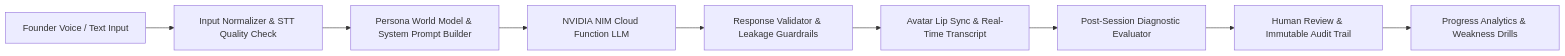
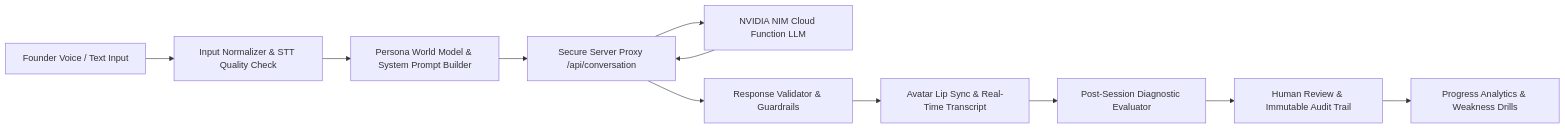
One commit to soumeshpan/VentureCue changed the diagram in README.md. Above: the diagram before and after it, drawn with Mermaid. The commit also changed other lines of this file and 11 other files, not shown here.

Commit message:
Secure NVIDIA NIM integration

````diff
--- a/README.md
+++ b/README.md
@@ -43,11 +44,13 @@
 ```mermaid
 flowchart LR
     A[Founder Voice / Text Input] --> B[Input Normalizer & STT Quality Check]
     B --> C[Persona World Model & System Prompt Builder]
-    C --> D[NVIDIA NIM Cloud Function LLM]
-    D --> E[Response Validator & Leakage Guardrails]
-    E --> F[Avatar Lip Sync & Real-Time Transcript]
-    F --> G[Post-Session Diagnostic Evaluator]
-    G --> H[Human Review & Immutable Audit Trail]
-    H --> I[Progress Analytics & Weakness Drills]
+    C --> D[Secure Server Proxy /api/conversation]
+    D --> E[NVIDIA NIM Cloud Function LLM]
+    E --> D
+    D --> F[Response Validator & Guardrails]
+    F --> G[Avatar Lip Sync & Real-Time Transcript]
+    G --> H[Post-Session Diagnostic Evaluator]
+    H --> I[Human Review & Immutable Audit Trail]
+    I --> J[Progress Analytics & Weakness Drills]
 ```
````
